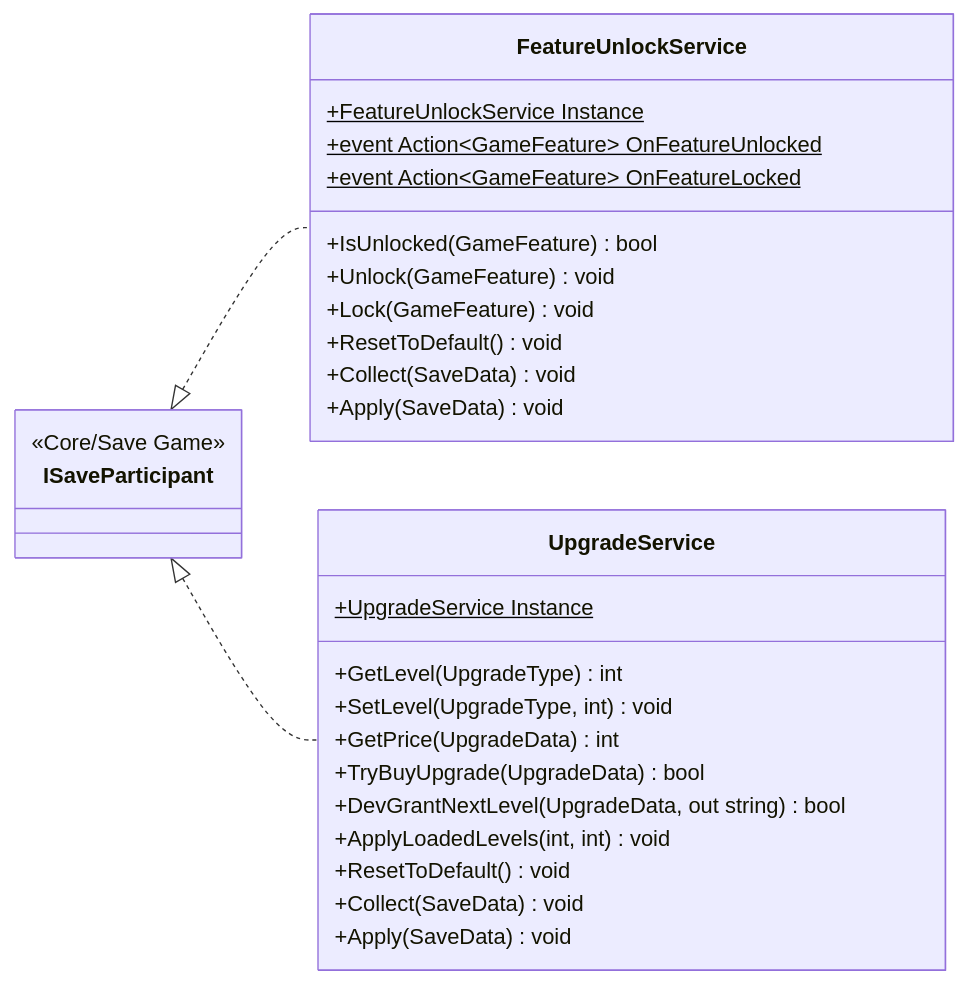
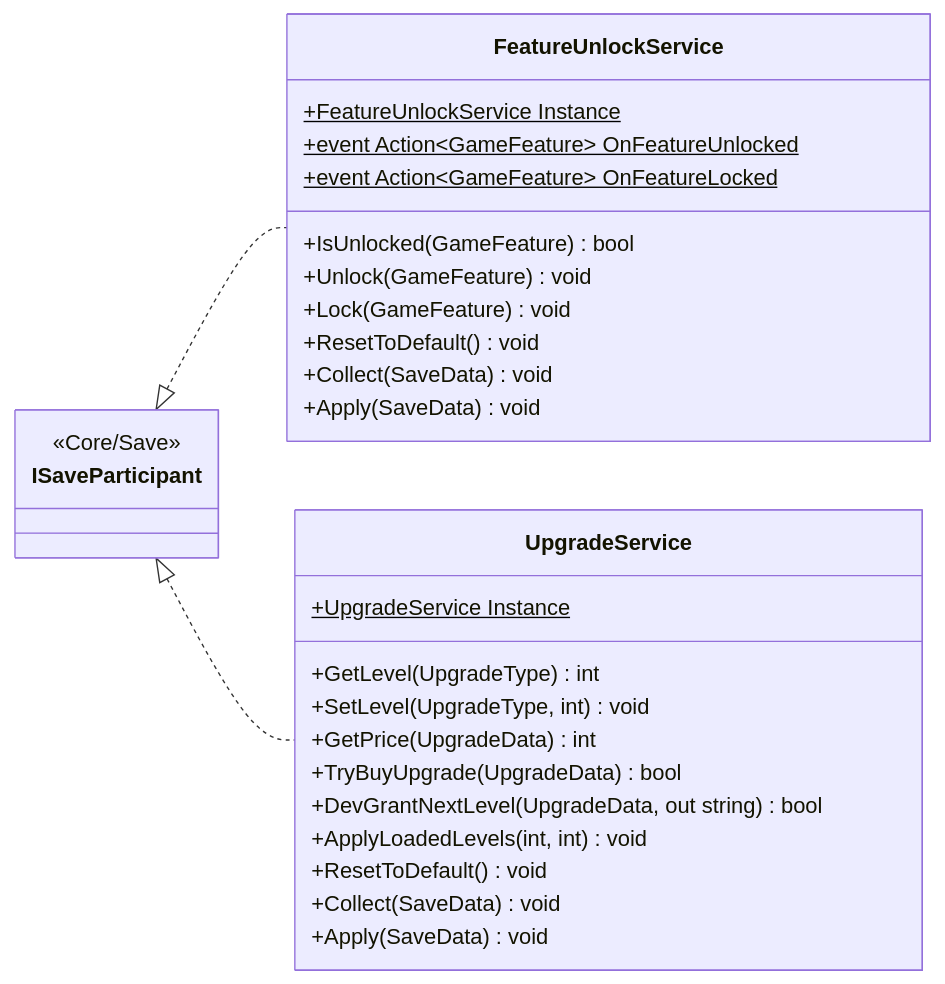
One commit to PhumipatWave/project-ocean changed the diagram in docs/uml/modules/Core_Services.md. Above: the diagram before and after it, drawn with Mermaid. The commit also changed other lines of this file and 402 other files, not shown here.

````diff
--- a/docs/uml/modules/Core_Services.md
+++ b/docs/uml/modules/Core_Services.md
@@ -7,32 +7,32 @@
 ```mermaid
 classDiagram
   direction LR
   class FeatureUnlockService {
     +FeatureUnlockService Instance$
     +event Action~GameFeature~ OnFeatureUnlocked$
     +event Action~GameFeature~ OnFeatureLocked$
     +IsUnlocked(GameFeature) bool
     +Unlock(GameFeature) void
     +Lock(GameFeature) void
     +ResetToDefault() void
     +Collect(SaveData) void
     +Apply(SaveData) void
   }
   class UpgradeService {
     +UpgradeService Instance$
     +GetLevel(UpgradeType) int
     +SetLevel(UpgradeType, int) void
     +GetPrice(UpgradeData) int
     +TryBuyUpgrade(UpgradeData) bool
     +DevGrantNextLevel(UpgradeData, out string) bool
     +ApplyLoadedLevels(int, int) void
     +ResetToDefault() void
     +Collect(SaveData) void
     +Apply(SaveData) void
   }
   class ISaveParticipant {
-    <<Core/Save Game>>
+    <<Core/Save>>
   }
   ISaveParticipant <|.. FeatureUnlockService
   ISaveParticipant <|.. UpgradeService
 ```
````
